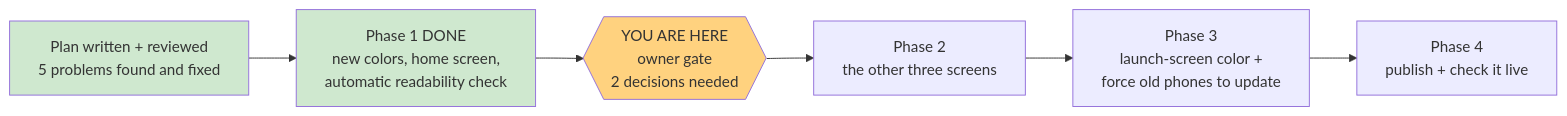
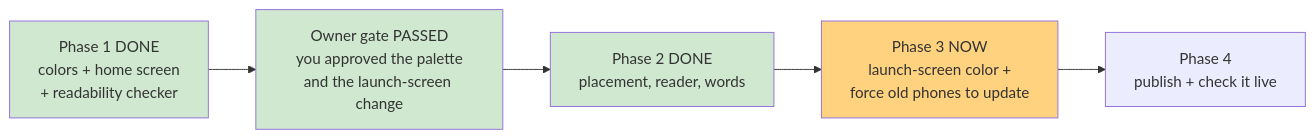
The diagram in .oplan/warm-dark-theme/STATUS.md (dkreinov/magic-clinic-english), drawn with Mermaid before and after one commit. The commit also changed other lines of this file and 5 other files, not shown here.

Commit message:
oplan: phase 2 closed (gate passed) + phase 3 detailed

````diff
--- a/.oplan/warm-dark-theme/STATUS.md
+++ b/.oplan/warm-dark-theme/STATUS.md
@@ -11,11 +10,12 @@
 ```mermaid
 flowchart LR
-    P[Plan written + reviewed<br/>5 problems found and fixed] --> P1
-    P1[Phase 1 DONE<br/>new colors, home screen,<br/>automatic readability check] --> GATE{{YOU ARE HERE<br/>owner gate<br/>2 decisions needed}}
-    GATE --> P2[Phase 2<br/>the other three screens]
-    P2 --> P3[Phase 3<br/>launch-screen color +<br/>force old phones to update]
-    P3 --> P4[Phase 4<br/>publish + check it live]
-    style P fill:#cfe8cf
+    P1[Phase 1 DONE<br/>colors + home screen<br/>+ readability checker] --> GATE
+    GATE[Owner gate PASSED<br/>you approved the palette<br/>and the launch-screen change] --> P2
+    P2[Phase 2 DONE<br/>placement, reader, words] --> P3
+    P3[Phase 3 NOW<br/>launch-screen color +<br/>force old phones to update] --> P4
+    P4[Phase 4<br/>publish + check it live]
     style P1 fill:#cfe8cf
-    style GATE fill:#ffd27f
+    style GATE fill:#cfe8cf
+    style P2 fill:#cfe8cf
+    style P3 fill:#ffd27f
 ```
````
